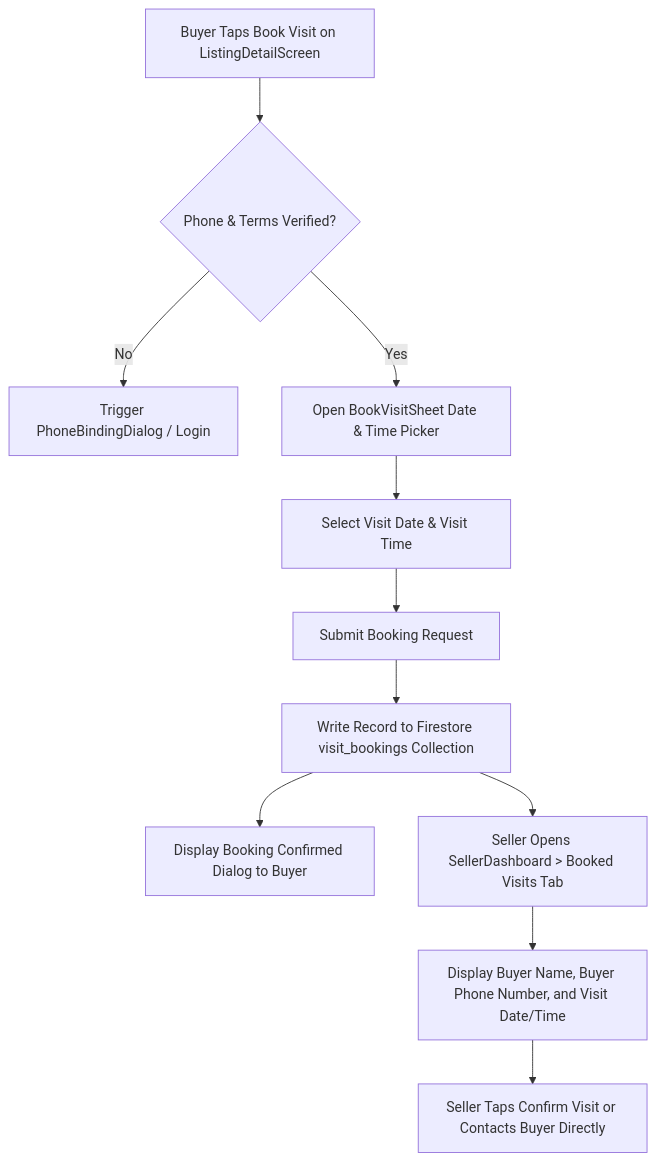
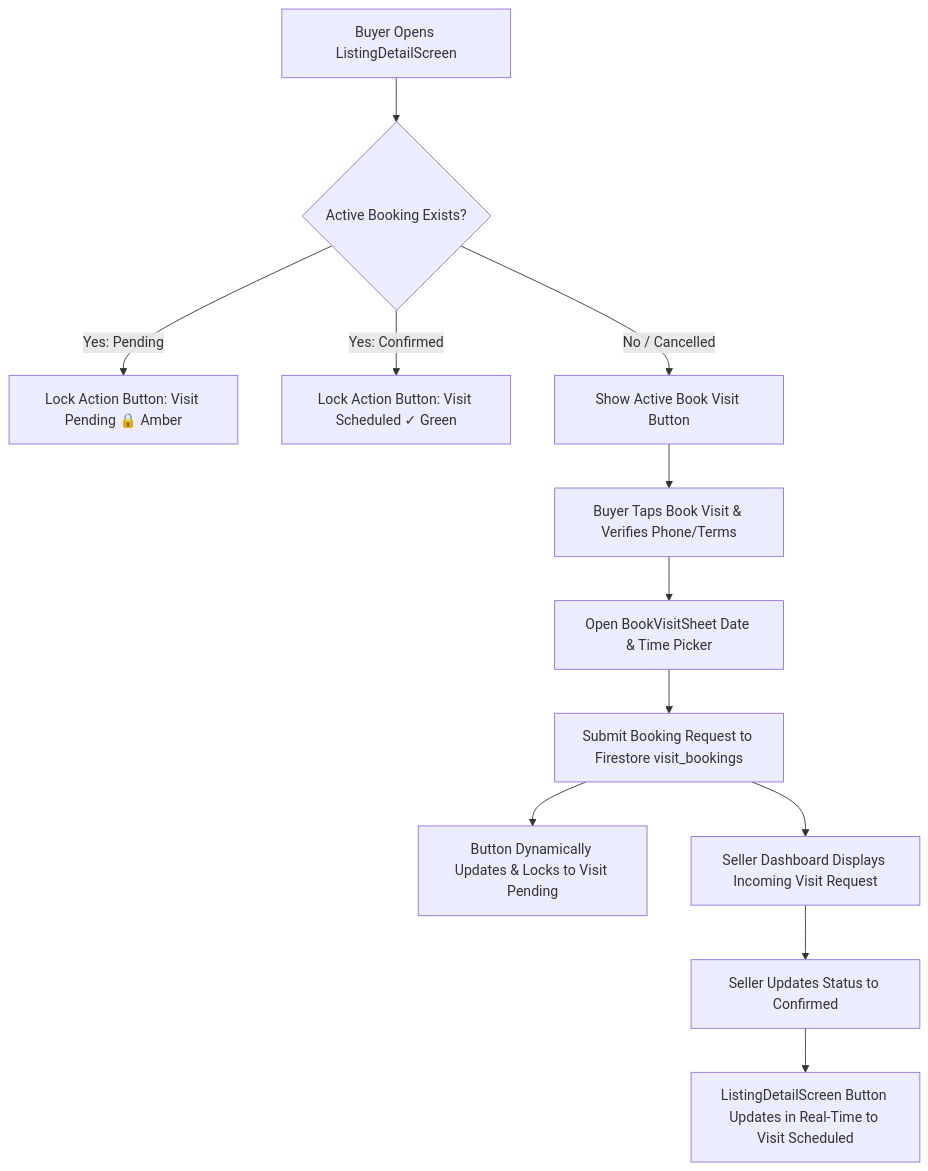
Before and after one commit to Kosenaalam/agrozemex: the fifth of 9 diagrams in docs/APP_FLOW.md, drawn with Mermaid. The commit also changed other lines of this file and 13 other files, not shown here.

````diff
--- a/docs/APP_FLOW.md
+++ b/docs/APP_FLOW.md
@@ -114,13 +114,14 @@
 ```mermaid
 flowchart TD
-    A[Buyer Taps Book Visit on ListingDetailScreen] --> B{Phone & Terms Verified?}
-    B -- No --> C[Trigger PhoneBindingDialog / Login]
-    B -- Yes --> D[Open BookVisitSheet Date & Time Picker]
-    D --> E[Select Visit Date & Visit Time]
-    E --> F[Submit Booking Request]
-    F --> G[Write Record to Firestore visit_bookings Collection]
-    G --> H[Display Booking Confirmed Dialog to Buyer]
-    G --> I[Seller Opens SellerDashboard > Booked Visits Tab]
-    I --> J[Display Buyer Name, Buyer Phone Number, and Visit Date/Time]
-    J --> K[Seller Taps Confirm Visit or Contacts Buyer Directly]
+    A[Buyer Opens ListingDetailScreen] --> B{Active Booking Exists?}
+    B -- Yes: Pending --> C[Lock Action Button: Visit Pending 🔒 Amber]
+    B -- Yes: Confirmed --> D[Lock Action Button: Visit Scheduled ✓ Green]
+    B -- No / Cancelled --> E[Show Active Book Visit Button]
+    E --> F[Buyer Taps Book Visit & Verifies Phone/Terms]
+    F --> G[Open BookVisitSheet Date & Time Picker]
+    G --> H[Submit Booking Request to Firestore visit_bookings]
+    H --> I[Button Dynamically Updates & Locks to Visit Pending]
+    H --> J[Seller Dashboard Displays Incoming Visit Request]
+    J --> K[Seller Updates Status to Confirmed]
+    K --> L[ListingDetailScreen Button Updates in Real-Time to Visit Scheduled]
 ```
````
